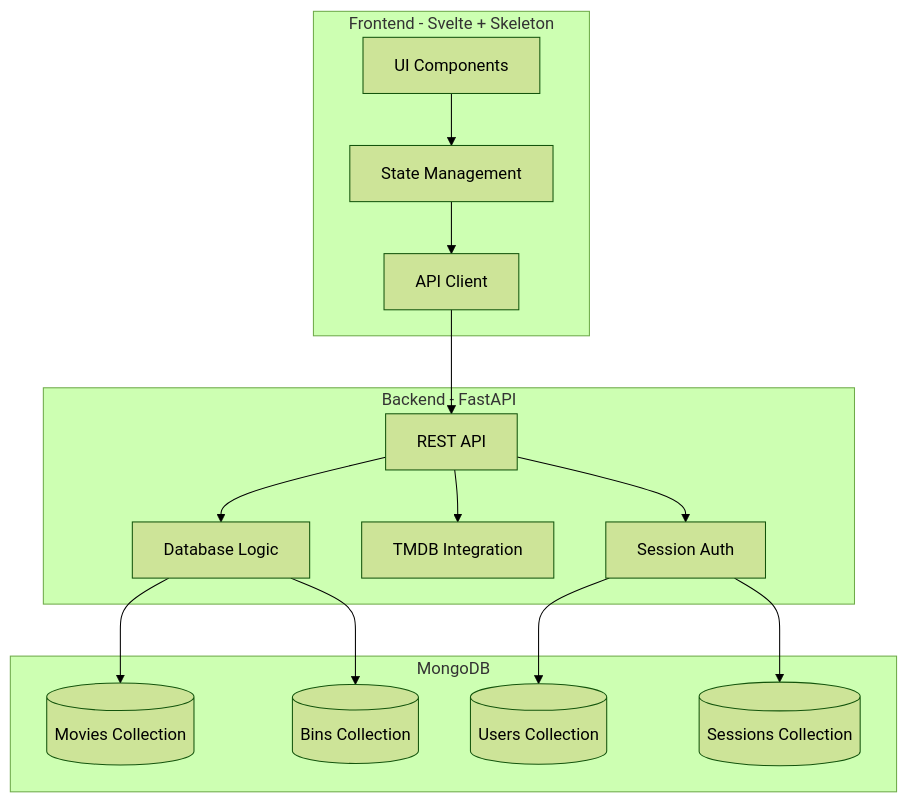
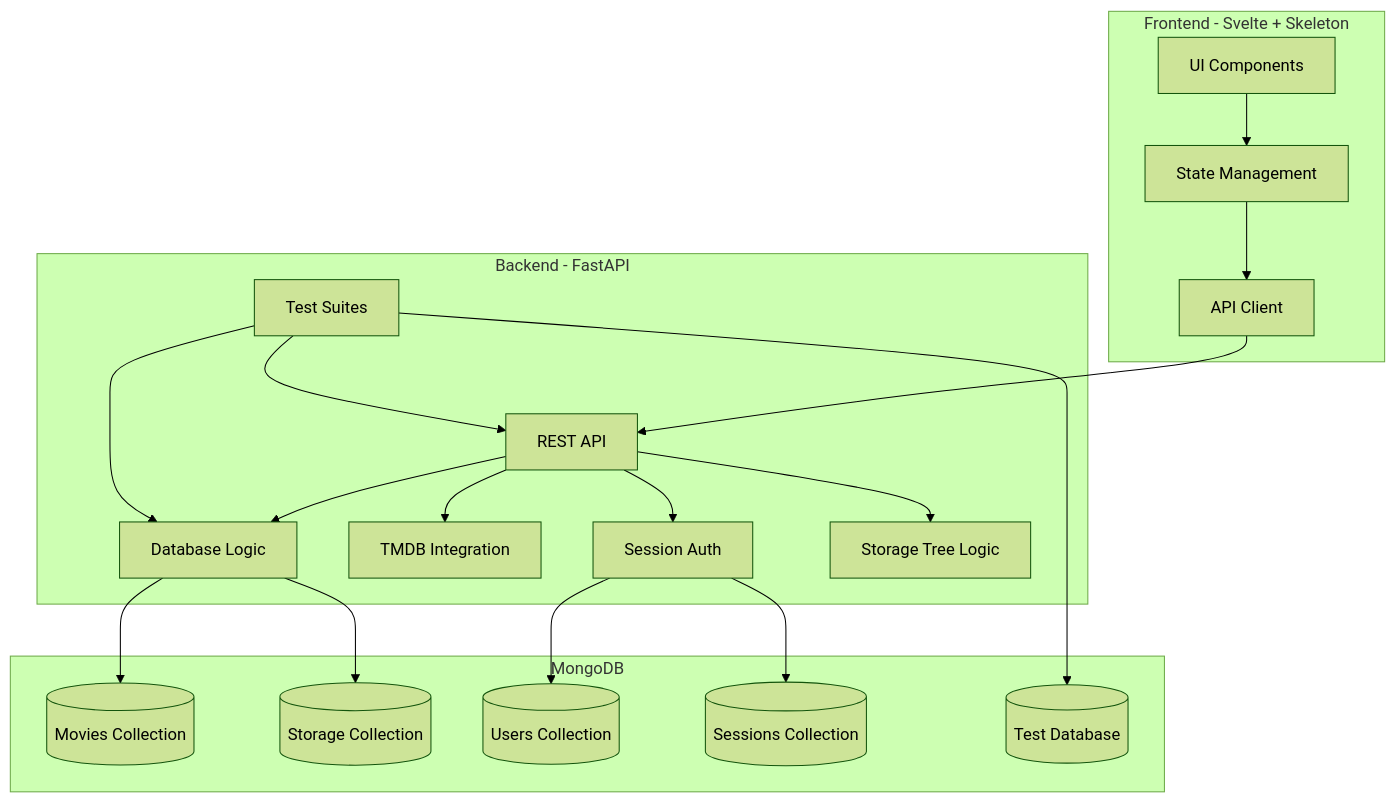
One commit to trekie86/media-manager changed the first of 8 diagrams in memory-bank/systemPatterns.md. Above: the diagram before and after it, drawn with Mermaid (forest theme). The commit also changed other lines of this file and 7 other files, not shown here.

Commit message:
Update bin to storage with a tree storage model.

````diff
--- a/memory-bank/systemPatterns.md
+++ b/memory-bank/systemPatterns.md
@@ -5,33 +5,40 @@
 ```mermaid
 graph TB
     subgraph Frontend [Frontend - Svelte + Skeleton]
         UI[UI Components]
         State[State Management]
         API_Client[API Client]
     end
 
     subgraph Backend [Backend - FastAPI]
         API[REST API]
         Auth[Session Auth]
         TMDB[TMDB Integration]
         DB_Logic[Database Logic]
+        Tests[Test Suites]
+        StorageTree[Storage Tree Logic]
     end
 
     subgraph Database [MongoDB]
         Movies[(Movies Collection)]
-        Bins[(Bins Collection)]
+        Storage[(Storage Collection)]
         Users[(Users Collection)]
         Sessions[(Sessions Collection)]
+        TestDB[(Test Database)]
     end
 
     UI --> State
     State --> API_Client
     API_Client --> API
     API --> Auth
     API --> TMDB
     API --> DB_Logic
+    API --> StorageTree
     DB_Logic --> Movies
-    DB_Logic --> Bins
+    DB_Logic --> Storage
     Auth --> Users
     Auth --> Sessions
+    Tests --> API
+    Tests --> DB_Logic
+    Tests --> TestDB
 ```
````
